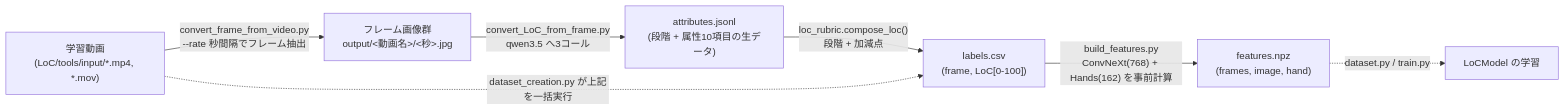
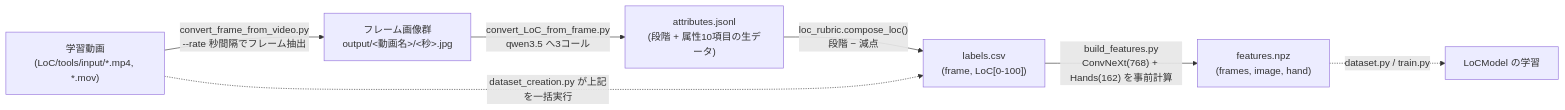
The second of 2 diagrams in README.md (moriiwad326-lab/Online_study_room), drawn with Mermaid before and after one commit. The commit also changed other lines of this file and 4 other files, not shown here.

````diff
--- a/README.md
+++ b/README.md
@@ -249,9 +249,9 @@
 ```mermaid
 flowchart LR
     V["学習動画\n(LoC/tools/input/*.mp4, *.mov)"] -->|"convert_frame_from_video.py\n--rate 秒間隔でフレーム抽出"| F["フレーム画像群\noutput/<動画名>/<秒>.jpg"]
     F -->|"convert_LoC_from_frame.py\nqwen3.5 へ3コール"| A["attributes.jsonl\n(段階 + 属性10項目の生データ)"]
-    A -->|"loc_rubric.compose_loc()\n段階 + 加減点"| L["labels.csv\n(frame, LoC[0-100])"]
+    A -->|"loc_rubric.compose_loc()\n段階 − 減点"| L["labels.csv\n(frame, LoC[0-100])"]
     L -->|"build_features.py\nConvNeXt(768) + Hands(162) を事前計算"| N["features.npz\n(frames, image, hand)"]
     V -.->|"dataset_creation.py が上記を一括実行"| L
     N -.->|"dataset.py / train.py"| M["LoCModel の学習"]
 ```
````
